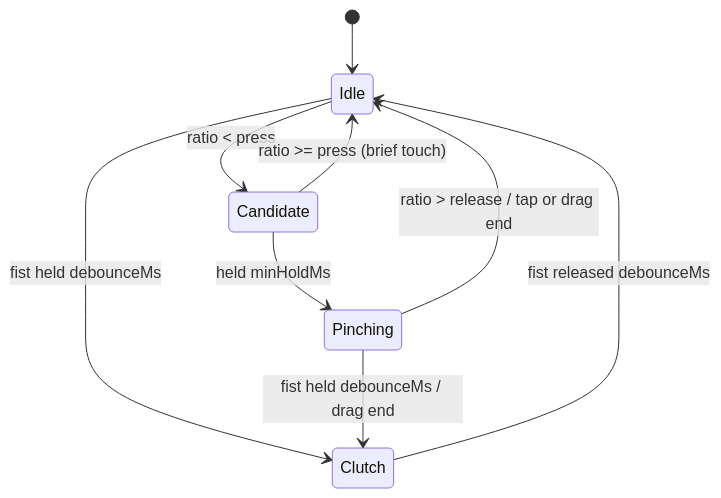
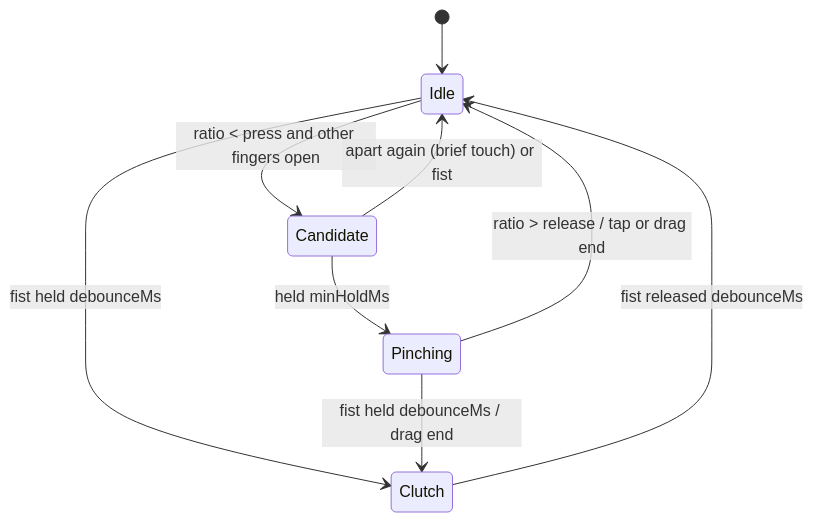
The first of 2 diagrams in docs/gestures.md (sahilyousafp/HAI_Human_AI_Interaction), drawn with Mermaid before and after one commit. The commit also changed other lines of this file and 29 other files, not shown here.

````diff
--- a/docs/gestures.md
+++ b/docs/gestures.md
@@ -52,11 +66,11 @@
 ```mermaid
 stateDiagram-v2
   [*] --> Idle
-  Idle --> Candidate: ratio < press
-  Candidate --> Idle: ratio >= press (brief touch)
+  Idle --> Candidate: ratio < press and other fingers open
+  Candidate --> Idle: apart again (brief touch) or fist
   Candidate --> Pinching: held minHoldMs
   Pinching --> Idle: ratio > release / tap or drag end
   Idle --> Clutch: fist held debounceMs
   Pinching --> Clutch: fist held debounceMs / drag end
   Clutch --> Idle: fist released debounceMs
 ```
````
